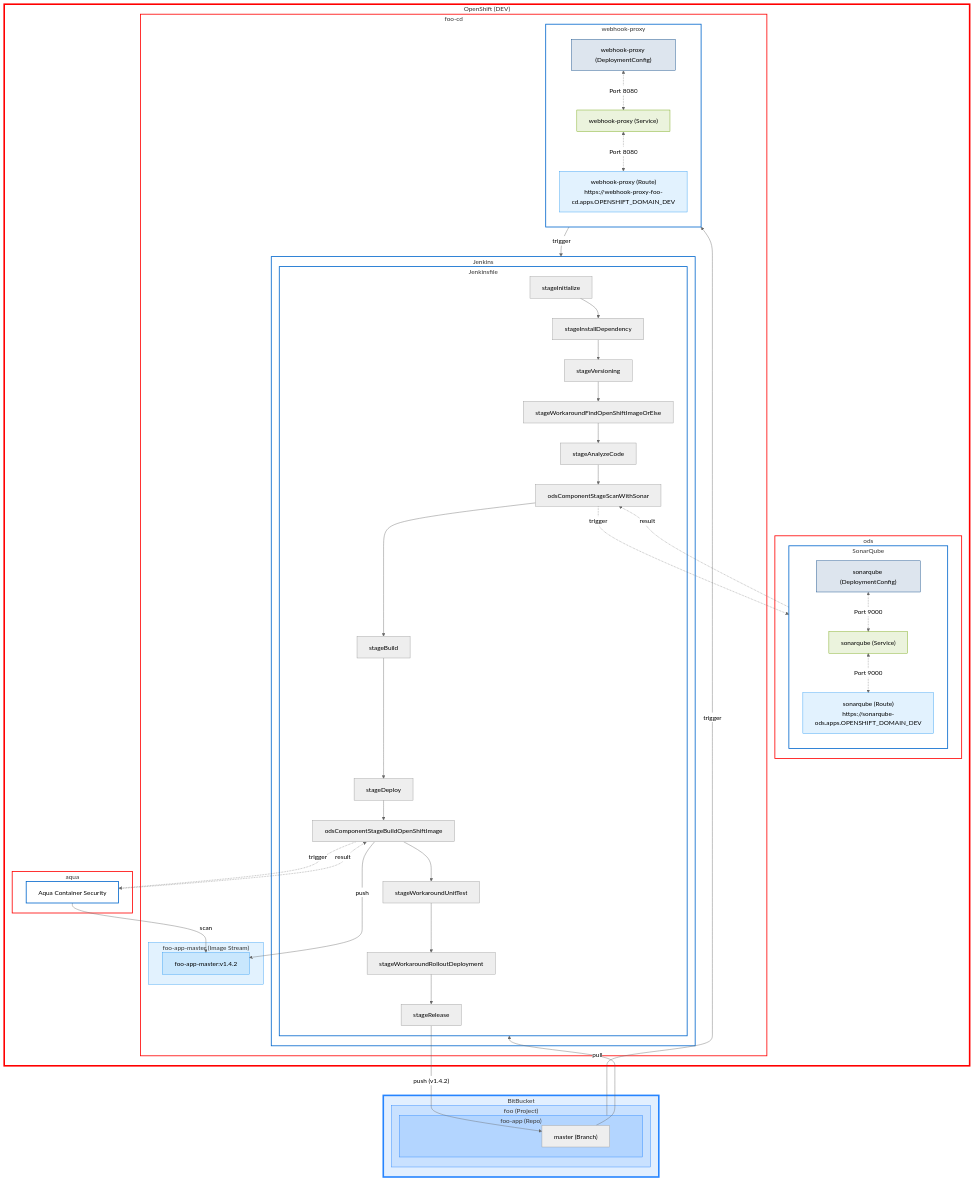
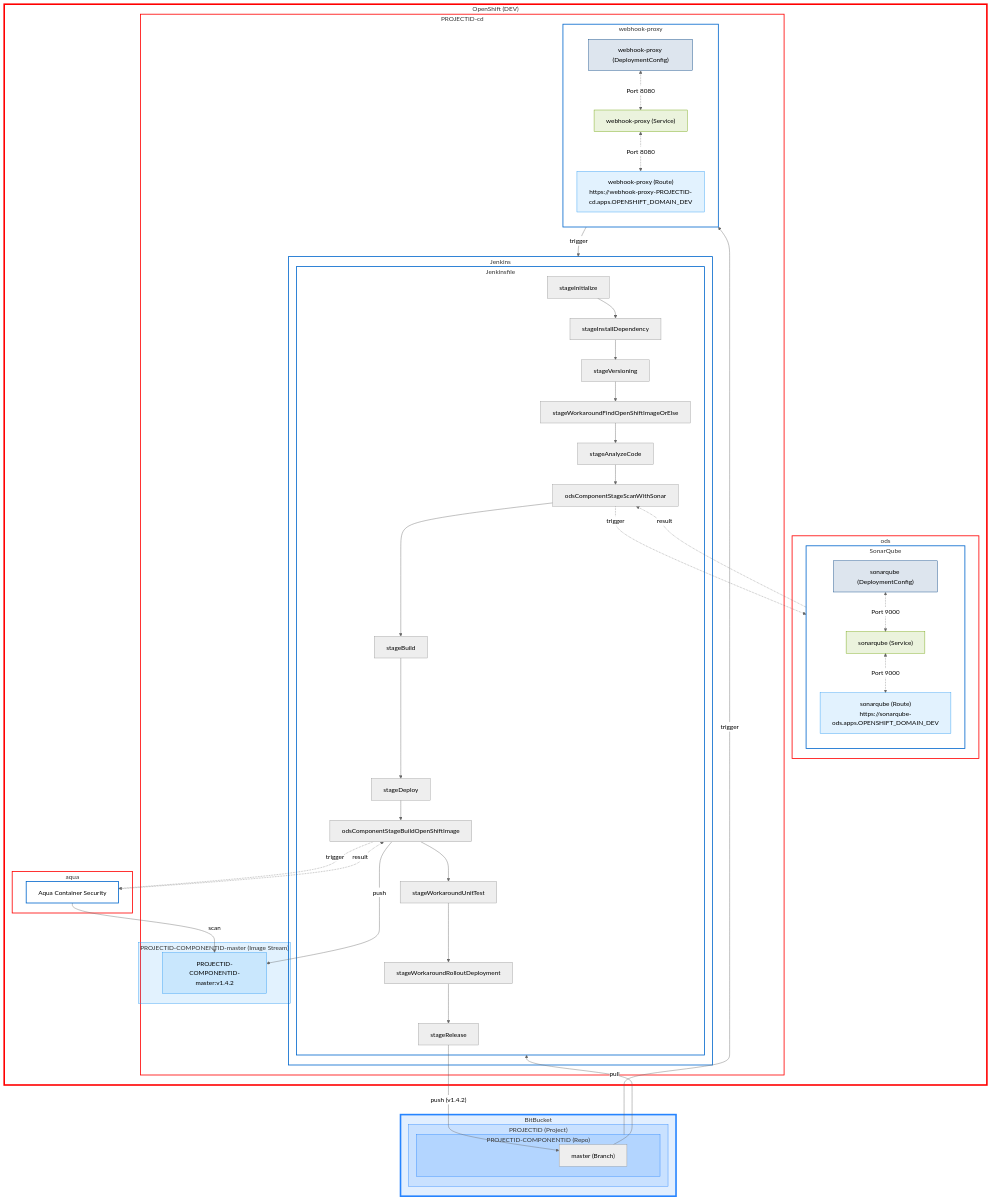
One commit to SimonGolms/ods-quickstarter-fe-ionic-react-vite-playwright changed the first of 5 diagrams in README.md. Above: the diagram before and after it, drawn with Mermaid (neutral theme). The commit also changed other lines of this file, not shown here.

````diff
--- a/README.md
+++ b/README.md
@@ -567,67 +567,67 @@
 ```mermaid
 %% If the Mermaid Diagram is not rendered (as is the case on BitBucket), it can be viewed at https://mermaid.live/
 flowchart TB
     subgraph openshift-dev["OpenShift (DEV)"]
         subgraph ods
             subgraph sonarqube["SonarQube"]
                 direction TB
                 ods-DC-sonarqube["sonarqube (DeploymentConfig)"]:::classDeploymentConfig <-. Port 9000 .-> ods-S-sonarqube["sonarqube (Service)"]:::classService <-. Port 9000 .-> ods-RT-sonarqube["sonarqube (Route)\nhttps://sonarqube-ods.apps.OPENSHIFT_DOMAIN_DEV"]:::classRoute
             end
         end
         subgraph aqua
             aqua-aqua["Aqua Container Security"]
         end
-        subgraph foo-cd
+        subgraph PROJECTID-cd
             subgraph webhook-proxy
                 direction TB
-                cd-DC-webhook-proxy["webhook-proxy (DeploymentConfig)"]:::classDeploymentConfig <-. Port 8080 .-> cd-S-webhook-proxy["webhook-proxy (Service)"]:::classService <-. Port 8080 .-> cd-RT-webhook-proxy["webhook-proxy (Route)\nhttps://webhook-proxy-foo-cd.apps.OPENSHIFT_DOMAIN_DEV"]:::classRoute
+                cd-DC-webhook-proxy["webhook-proxy (DeploymentConfig)"]:::classDeploymentConfig <-. Port 8080 .-> cd-S-webhook-proxy["webhook-proxy (Service)"]:::classService <-. Port 8080 .-> cd-RT-webhook-proxy["webhook-proxy (Route)\nhttps://webhook-proxy-PROJECTID-cd.apps.OPENSHIFT_DOMAIN_DEV"]:::classRoute
             end
             subgraph Jenkins
                 subgraph Jenkinsfile
                     stageInitialize-->stageInstallDependency-->stageVersioning-->stageWorkaroundFindOpenShiftImageOrElse --> stageAnalyzeCode-->odsComponentStageScanWithSonar-->stageBuild-->stageDeploy-->odsComponentStageBuildOpenShiftImage-->stageWorkaroundUnitTest-->stageWorkaroundRolloutDeployment-->stageRelease
                 end
             end
-            subgraph cd-IS-foo-app-master["foo-app-master (Image Stream)"]
-                cd-IST-foo-app-master["foo-app-master:v1.4.2"]:::classImageStreamTag
+            subgraph cd-IS-PROJECTID-COMPONENTID-master["PROJECTID-COMPONENTID-master (Image Stream)"]
+                cd-IST-PROJECTID-COMPONENTID-master["PROJECTID-COMPONENTID-master:v1.4.2"]:::classImageStreamTag
             end
         end
     end
     subgraph BitBucket
-        subgraph bb-project-foo["foo (Project)"]
-            subgraph bb-project-foo-app["foo-app (Repo)"]
-                bb-project-foo-app-branch-master["master (Branch)"]
+        subgraph bb-project-PROJECTID["PROJECTID (Project)"]
+            subgraph bb-project-PROJECTID-COMPONENTID["PROJECTID-COMPONENTID (Repo)"]
+                bb-project-PROJECTID-COMPONENTID-branch-master["master (Branch)"]
             end
         end
     end
 
 
-aqua-aqua -- scan --> cd-IST-foo-app-master
-bb-project-foo-app -- trigger --> webhook-proxy -- trigger --> Jenkins
-bb-project-foo-app-branch-master -- pull --> Jenkinsfile
-odsComponentStageBuildOpenShiftImage -- push --> cd-IST-foo-app-master
+aqua-aqua -- scan --> cd-IST-PROJECTID-COMPONENTID-master
+bb-project-PROJECTID-COMPONENTID -- trigger --> webhook-proxy -- trigger --> Jenkins
+bb-project-PROJECTID-COMPONENTID-branch-master -- pull --> Jenkinsfile
+odsComponentStageBuildOpenShiftImage -- push --> cd-IST-PROJECTID-COMPONENTID-master
 odsComponentStageBuildOpenShiftImage -. trigger .-> aqua-aqua -. result .-> odsComponentStageBuildOpenShiftImage
 odsComponentStageScanWithSonar -. trigger .-> sonarqube -. result .-> odsComponentStageScanWithSonar
-stageRelease -- "push (v1.4.2)" --> bb-project-foo-app-branch-master
+stageRelease -- "push (v1.4.2)" --> bb-project-PROJECTID-COMPONENTID-branch-master
 
 %% stlyes
 classDef classBitBucket fill:#2684FF22,stroke:#2684FF,stroke-width:4px
 classDef classBitBucketProject fill:#2684FF22,stroke:#2684FF
 classDef classBuildConfig fill:#00408022,stroke:#004080
 classDef classDeployment fill:#00408022,stroke:#004080
 classDef classDeploymentConfig fill:#00408022,stroke:#004080
 classDef classHelmRelease fill:#2b9af322,stroke:#2b9af3
 classDef classImageStream fill:#2b9af322,stroke:#2b9af3
 classDef classImageStreamTag fill:#2b9af322,stroke:#2b9af3
 classDef classOcpProject fill:#ffffff00,stroke:#f00,stroke-width:2px
 classDef classOcpResource fill:#ffffff00,stroke:#06c,stroke-width:2px
 classDef classOpenShift fill:#ffffff00,stroke:#f00,stroke-width:4px
 classDef classRoute fill:#2b9af322,stroke:#2b9af3
 classDef classService fill:#6ca10022,stroke:#6ca100
 
 class BitBucket classBitBucket
-class bb-project-foo,bb-project-foo-app classBitBucketProject
-class cd-IS-foo-app-master classImageStream
-class aqua,ods,foo-cd,foo-dev classOcpProject
+class bb-project-PROJECTID,bb-project-PROJECTID-COMPONENTID classBitBucketProject
+class cd-IS-PROJECTID-COMPONENTID-master classImageStream
+class aqua,ods,PROJECTID-cd,PROJECTID-dev classOcpProject
 class aqua-aqua,Jenkins,Jenkinsfile,sonarqube,webhook-proxy classOcpResource
 class openshift-dev classOpenShift
 ```
````
